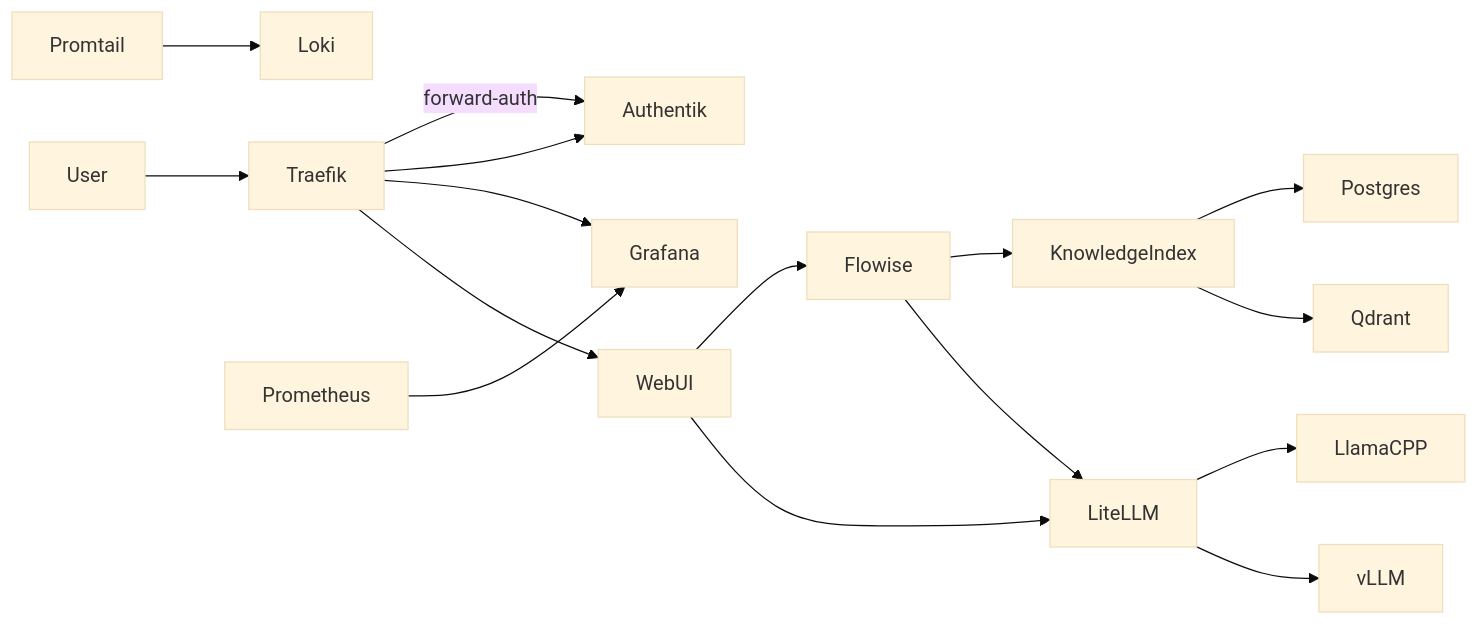
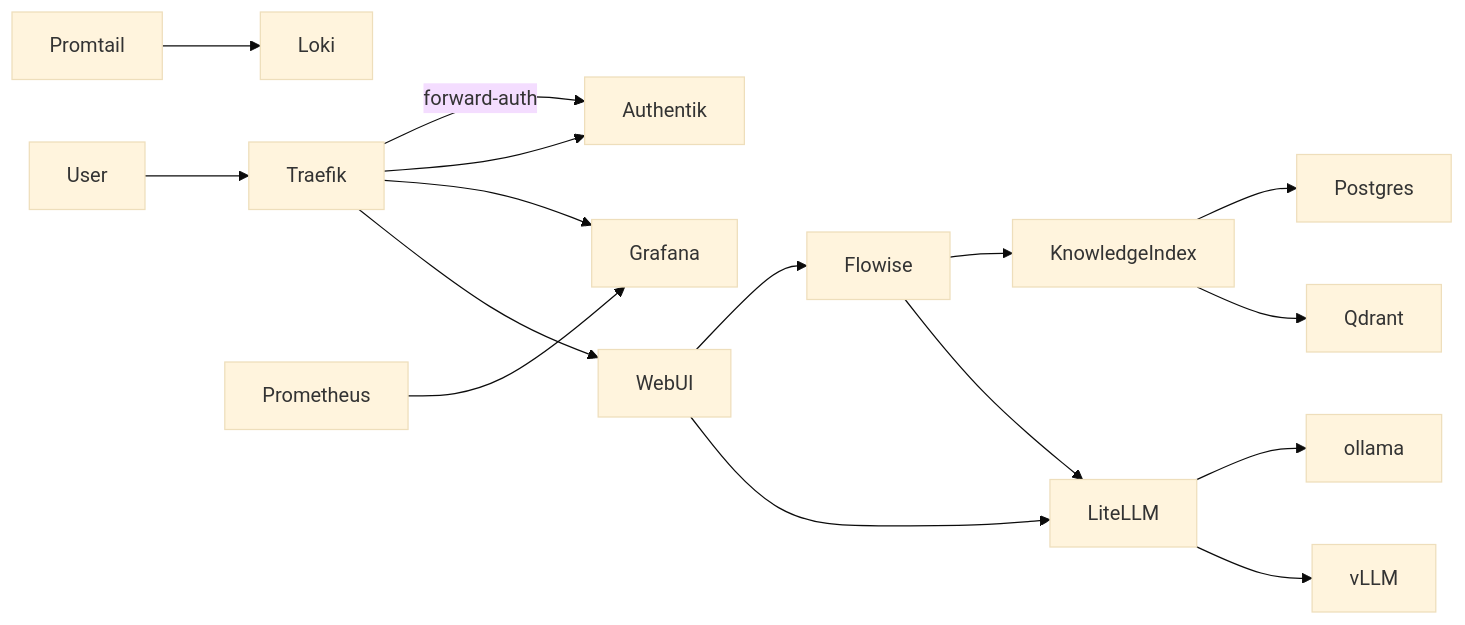
Before and after one commit to digital-michael/local-lab-ai-stack: the first of 3 diagrams in docs/ai_stack_blueprint/ai_stack_architecture.md, drawn with Mermaid (base theme). The commit also changed other lines of this file and 11 other files, not shown here.

````diff
--- a/docs/ai_stack_blueprint/ai_stack_architecture.md
+++ b/docs/ai_stack_blueprint/ai_stack_architecture.md
@@ -67,24 +67,24 @@
 ```mermaid
 flowchart LR
 
 User --> Traefik
 Traefik --> WebUI
 Traefik --> Grafana
 Traefik --> Authentik
 
 Traefik -- forward-auth --> Authentik
 
 WebUI --> LiteLLM
 LiteLLM --> vLLM
-LiteLLM --> LlamaCPP
+LiteLLM --> ollama
 
 WebUI --> Flowise
 Flowise --> LiteLLM
 Flowise --> KnowledgeIndex
 
 KnowledgeIndex --> Qdrant
 KnowledgeIndex --> Postgres
 
 Promtail --> Loki
 Prometheus --> Grafana
 ```
````
